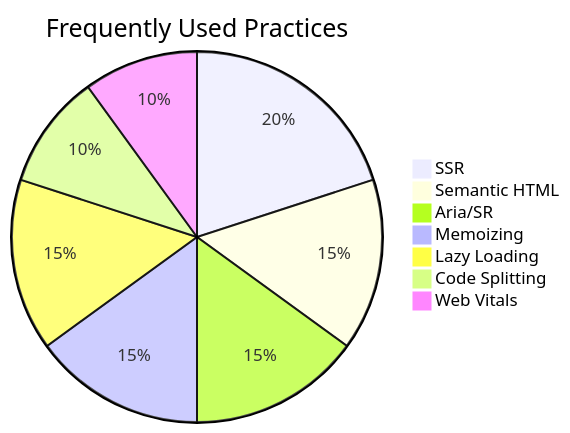
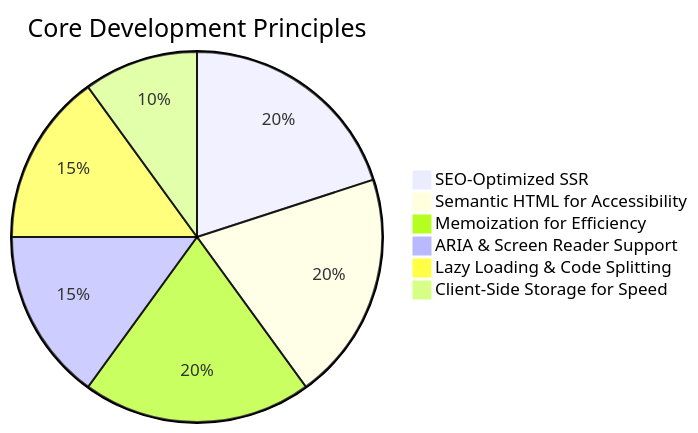
Before and after one commit to saqibroy/saqibroy: the second of 2 diagrams in README.md, drawn with Mermaid. The commit also changed other lines of this file, not shown here.

````diff
--- a/README.md
+++ b/README.md
@@ -78,11 +91,10 @@
 ```mermaid
 pie
-    title Frequently Used Practices
-    "SSR" : 20
-    "Semantic HTML" : 15
-    "Aria/SR" : 15
-    "Memoizing" : 15
-    "Lazy Loading": 15
-    "Code Splitting" : 10
-    "Web Vitals" : 10
+    title Core Development Principles
+    "SEO-Optimized SSR" : 20
+    "Semantic HTML for Accessibility" : 20
+    "Memoization for Efficiency" : 20
+    "ARIA & Screen Reader Support" : 15
+    "Lazy Loading & Code Splitting": 15
+    "Client-Side Storage for Speed" : 10
 ```
````
